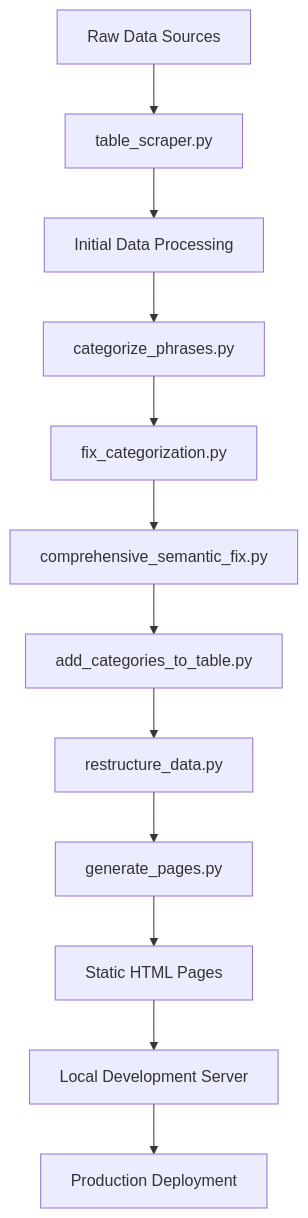
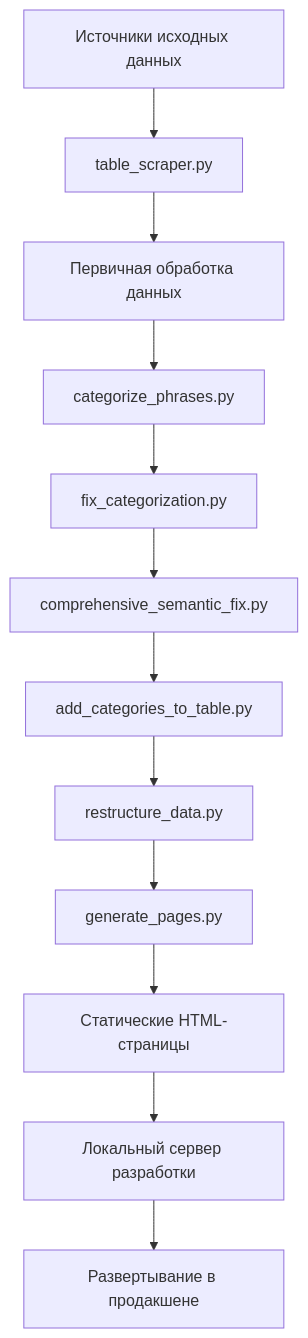
Before and after one commit to akrupko/frazeologizms: the diagram in wiki/Project-Overview.md, drawn with Mermaid. The commit also changed other lines of this file and 7 other files, not shown here.

````diff
--- a/wiki/Project-Overview.md
+++ b/wiki/Project-Overview.md
@@ -76,14 +76,14 @@
 ```mermaid
 flowchart TD
-    A[Raw Data Sources] --> B[table_scraper.py]
-    B --> C[Initial Data Processing]
+    A[Источники исходных данных] --> B[table_scraper.py]
+    B --> C[Первичная обработка данных]
     C --> D[categorize_phrases.py]
     D --> E[fix_categorization.py]
     E --> F[comprehensive_semantic_fix.py]
     F --> G[add_categories_to_table.py]
     G --> H[restructure_data.py]
     H --> I[generate_pages.py]
-    I --> J[Static HTML Pages]
-    J --> K[Local Development Server]
-    K --> L[Production Deployment]
+    I --> J[Статические HTML-страницы]
+    J --> K[Локальный сервер разработки]
+    K --> L[Развертывание в продакшене]
 ```
````
